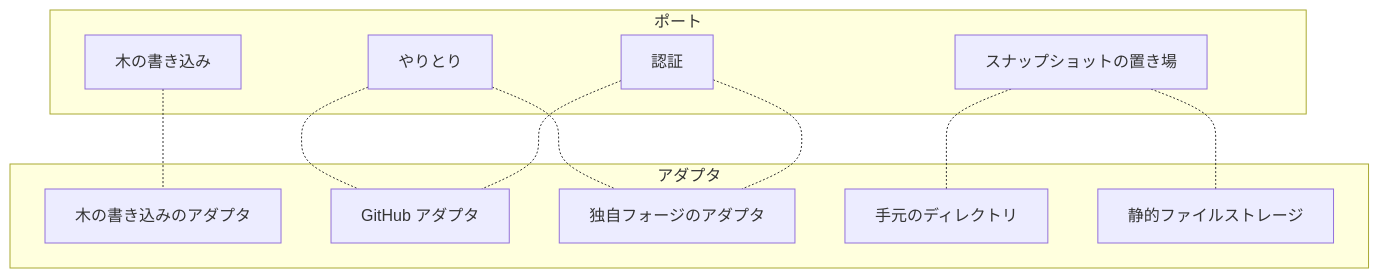
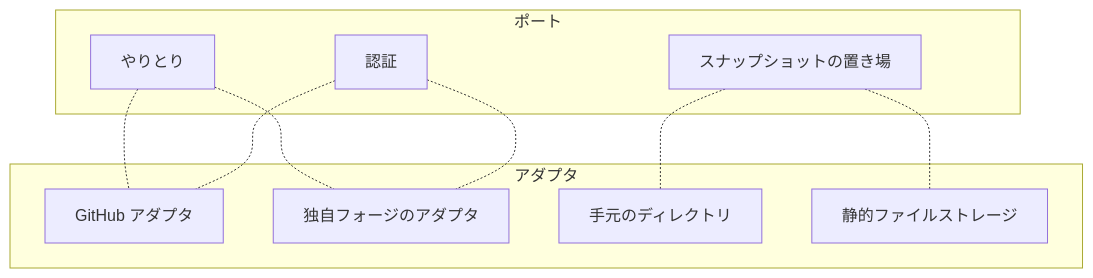
The diagram in design/backend/ports/README.md (yamambainc/logiforge), drawn with Mermaid before and after one commit. The commit also changed other lines of this file and 41 other files, not shown here.

````diff
--- a/design/backend/ports/README.md
+++ b/design/backend/ports/README.md
@@ -20,23 +21,20 @@
 ```mermaid
 flowchart TB
   subgraph PT["ポート"]
-    P1["木の書き込み"]
     P2["やりとり"]
     P4["スナップショットの置き場"]
     P3["認証"]
   end
   subgraph AD["アダプタ"]
-    GA["木の書き込みのアダプタ"]
     GH["GitHub アダプタ"]
     NFA["独自フォージのアダプタ"]
     DIR["手元のディレクトリ"]
     OBJ["静的ファイルストレージ"]
   end
-  P1 -.- GA
   P2 -.- GH
   P3 -.- GH
   P2 -.- NFA
   P3 -.- NFA
   P4 -.- DIR
   P4 -.- OBJ
 ```
````
